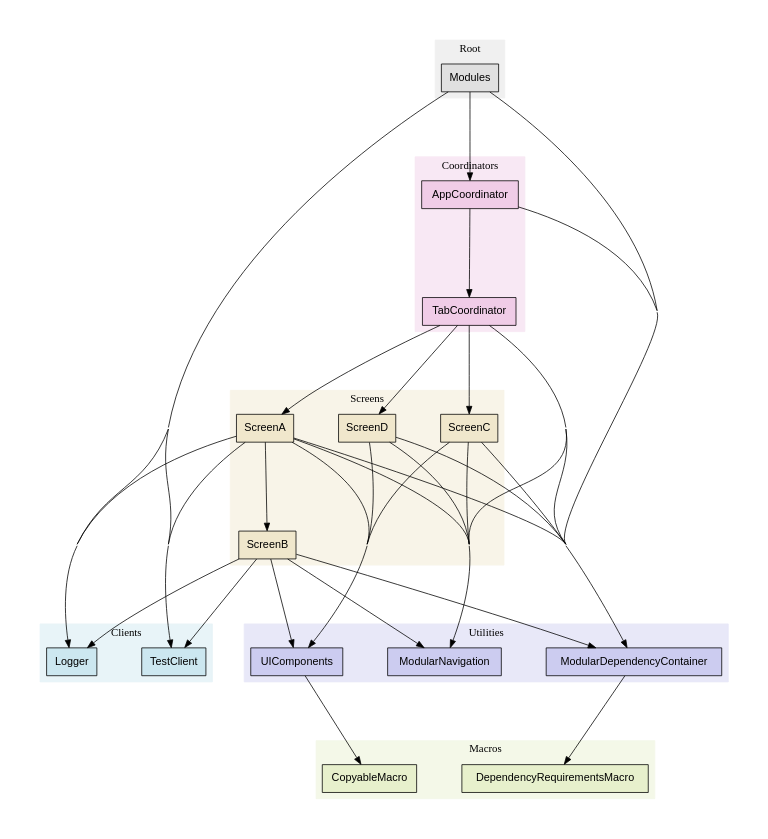
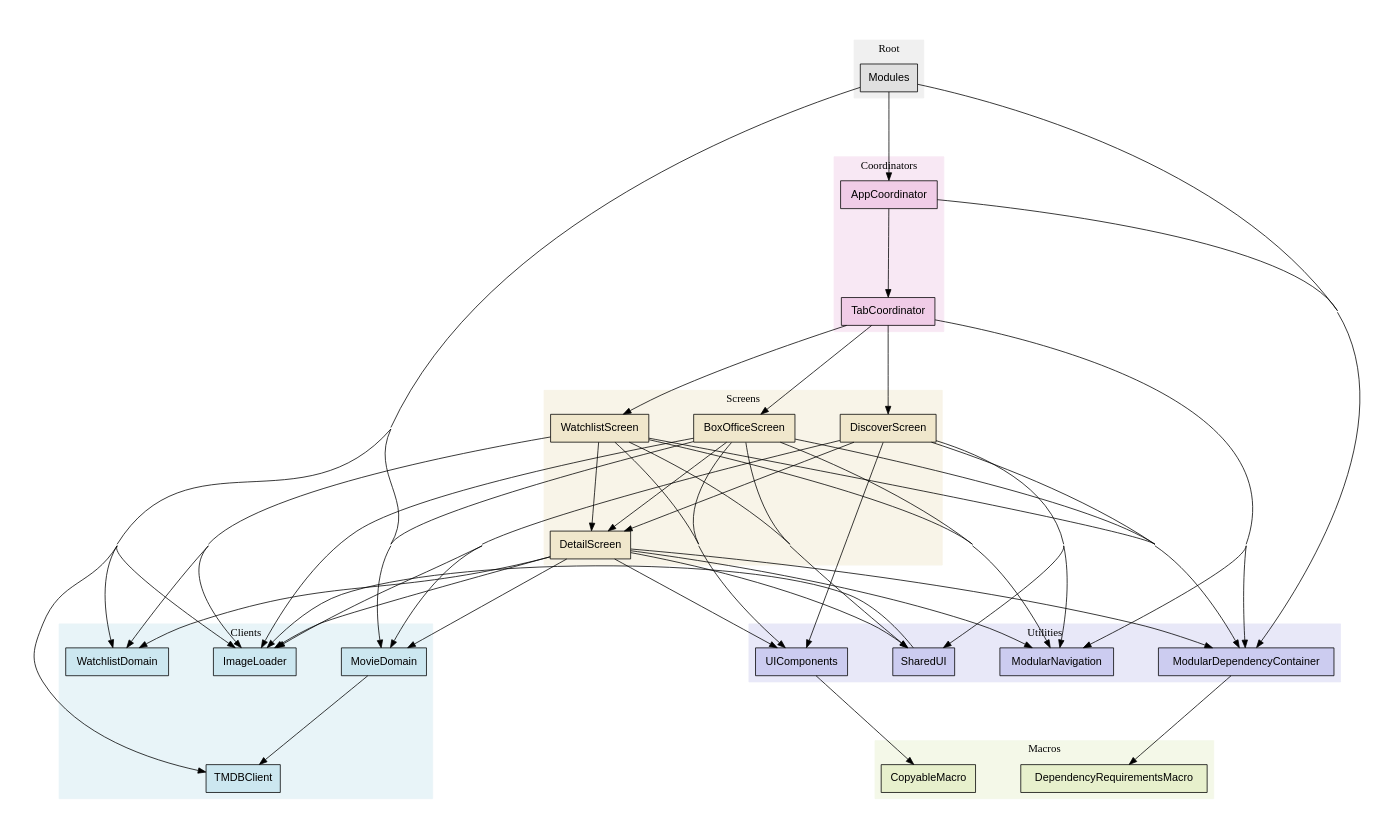
Before and after one commit to stephane-at-hatch/DIDemo: the diagram in dependency-graph-modules.dot, drawn with Graphviz. The commit also changed 161 other files, not shown here.

```diff
--- a/dependency-graph-modules.dot
+++ b/dependency-graph-modules.dot
@@ -1,98 +1,116 @@
 digraph ModuleDependencies {
     rankdir=TB;
     ranksep=1.6;
     nodesep=0.8;
     pad=0.5;
     compound=true;
     concentrate=true;
     splines=spline;
     node [shape=box, style=filled, fontname="Helvetica"];
 
     subgraph cluster_utilities {
         label="Utilities";
         style=filled;
         color="#e8e8f8";
 
         ModularDependencyContainer [label="ModularDependencyContainer", fillcolor="#ccccf0"];
         ModularNavigation [label="ModularNavigation", fillcolor="#ccccf0"];
+        SharedUI [label="SharedUI", fillcolor="#ccccf0"];
         UIComponents [label="UIComponents", fillcolor="#ccccf0"];
     }
 
     subgraph cluster_clients {
         label="Clients";
         style=filled;
         color="#e8f4f8";
 
-        Logger [label="Logger", fillcolor="#cce7f0"];
-        TestClient [label="TestClient", fillcolor="#cce7f0"];
+        ImageLoader [label="ImageLoader", fillcolor="#cce7f0"];
+        MovieDomain [label="MovieDomain", fillcolor="#cce7f0"];
+        TMDBClient [label="TMDBClient", fillcolor="#cce7f0"];
+        WatchlistDomain [label="WatchlistDomain", fillcolor="#cce7f0"];
     }
 
     subgraph cluster_screens {
         label="Screens";
         style=filled;
         color="#f8f4e8";
 
-        ScreenA [label="ScreenA", fillcolor="#f0e7cc"];
-        ScreenB [label="ScreenB", fillcolor="#f0e7cc"];
-        ScreenC [label="ScreenC", fillcolor="#f0e7cc"];
-        ScreenD [label="ScreenD", fillcolor="#f0e7cc"];
+        BoxOfficeScreen [label="BoxOfficeScreen", fillcolor="#f0e7cc"];
+        DetailScreen [label="DetailScreen", fillcolor="#f0e7cc"];
+        DiscoverScreen [label="DiscoverScreen", fillcolor="#f0e7cc"];
+        WatchlistScreen [label="WatchlistScreen", fillcolor="#f0e7cc"];
     }
 
     subgraph cluster_coordinators {
         label="Coordinators";
         style=filled;
         color="#f8e8f4";
 
         AppCoordinator [label="AppCoordinator", fillcolor="#f0cce7"];
         TabCoordinator [label="TabCoordinator", fillcolor="#f0cce7"];
     }
 
     subgraph cluster_macros {
         label="Macros";
         style=filled;
         color="#f4f8e8";
 
         CopyableMacro [label="CopyableMacro", fillcolor="#e7f0cc"];
         DependencyRequirementsMacro [label="DependencyRequirementsMacro", fillcolor="#e7f0cc"];
     }
 
     subgraph cluster_root {
         label="Root";
         style=filled;
         color="#f0f0f0";
 
         Modules [label="Modules", fillcolor="#e0e0e0"];
     }
 
     // Dependencies
     Modules -> ModularDependencyContainer;
-    Modules -> Logger;
-    Modules -> TestClient;
+    Modules -> TMDBClient;
+    Modules -> ImageLoader;
+    Modules -> MovieDomain;
+    Modules -> WatchlistDomain;
     Modules -> AppCoordinator;
     AppCoordinator -> ModularDependencyContainer;
     AppCoordinator -> TabCoordinator;
     TabCoordinator -> ModularDependencyContainer;
-    TabCoordinator -> ScreenA;
-    TabCoordinator -> ScreenC;
-    TabCoordinator -> ScreenD;
+    TabCoordinator -> BoxOfficeScreen;
+    TabCoordinator -> DiscoverScreen;
+    TabCoordinator -> WatchlistScreen;
     TabCoordinator -> ModularNavigation;
-    ScreenA -> ModularDependencyContainer;
-    ScreenA -> ModularNavigation;
-    ScreenA -> ScreenB;
-    ScreenA -> Logger;
-    ScreenA -> TestClient;
-    ScreenA -> UIComponents;
-    ScreenB -> ModularDependencyContainer;
-    ScreenB -> ModularNavigation;
-    ScreenB -> Logger;
-    ScreenB -> TestClient;
-    ScreenB -> UIComponents;
-    ScreenC -> ModularDependencyContainer;
-    ScreenC -> ModularNavigation;
-    ScreenC -> UIComponents;
-    ScreenD -> ModularDependencyContainer;
-    ScreenD -> ModularNavigation;
-    ScreenD -> UIComponents;
+    BoxOfficeScreen -> ModularDependencyContainer;
+    BoxOfficeScreen -> ModularNavigation;
+    BoxOfficeScreen -> MovieDomain;
+    BoxOfficeScreen -> ImageLoader;
+    BoxOfficeScreen -> DetailScreen;
+    BoxOfficeScreen -> UIComponents;
+    BoxOfficeScreen -> SharedUI;
+    DiscoverScreen -> ModularDependencyContainer;
+    DiscoverScreen -> ModularNavigation;
+    DiscoverScreen -> MovieDomain;
+    DiscoverScreen -> ImageLoader;
+    DiscoverScreen -> DetailScreen;
+    DiscoverScreen -> UIComponents;
+    DiscoverScreen -> SharedUI;
+    DetailScreen -> ModularDependencyContainer;
+    DetailScreen -> ModularNavigation;
+    DetailScreen -> MovieDomain;
+    DetailScreen -> WatchlistDomain;
+    DetailScreen -> ImageLoader;
+    DetailScreen -> UIComponents;
+    DetailScreen -> SharedUI;
+    WatchlistScreen -> ModularDependencyContainer;
+    WatchlistScreen -> ModularNavigation;
+    WatchlistScreen -> WatchlistDomain;
+    WatchlistScreen -> ImageLoader;
+    WatchlistScreen -> DetailScreen;
+    WatchlistScreen -> UIComponents;
+    WatchlistScreen -> SharedUI;
+    MovieDomain -> TMDBClient;
     ModularDependencyContainer -> DependencyRequirementsMacro;
+    SharedUI -> ImageLoader;
     UIComponents -> CopyableMacro;
 }
```
